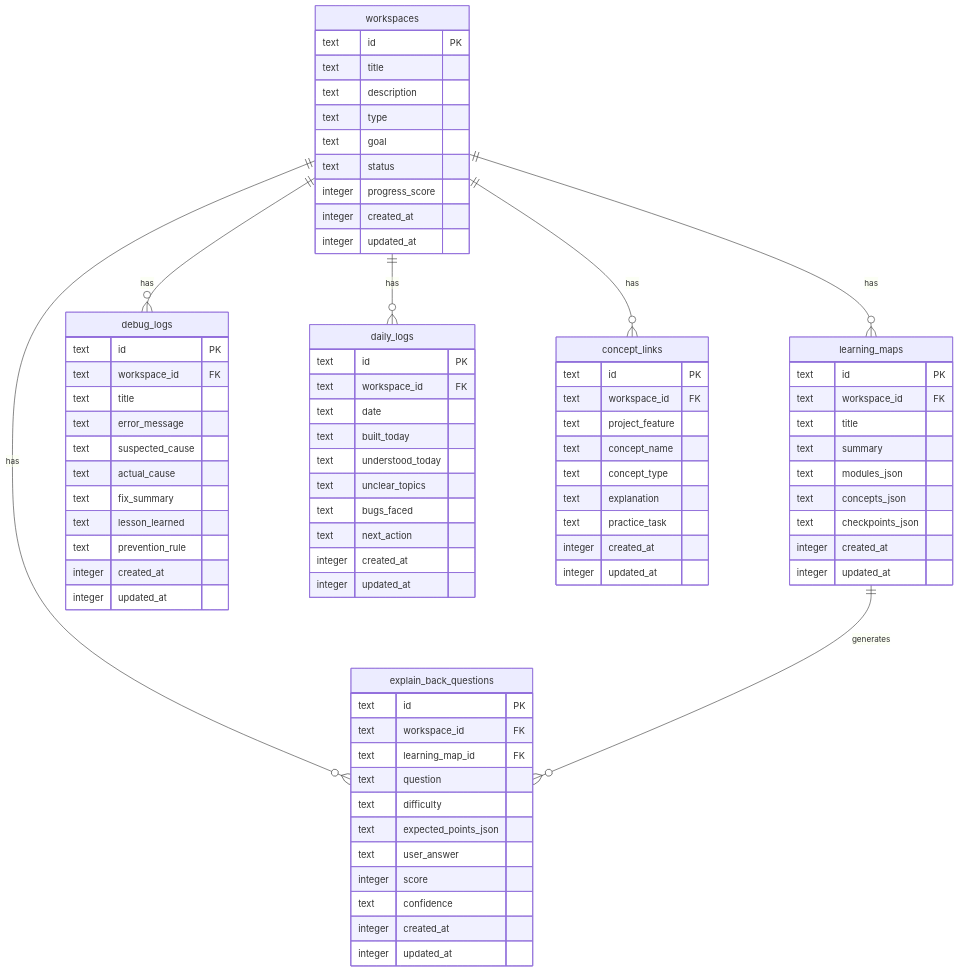
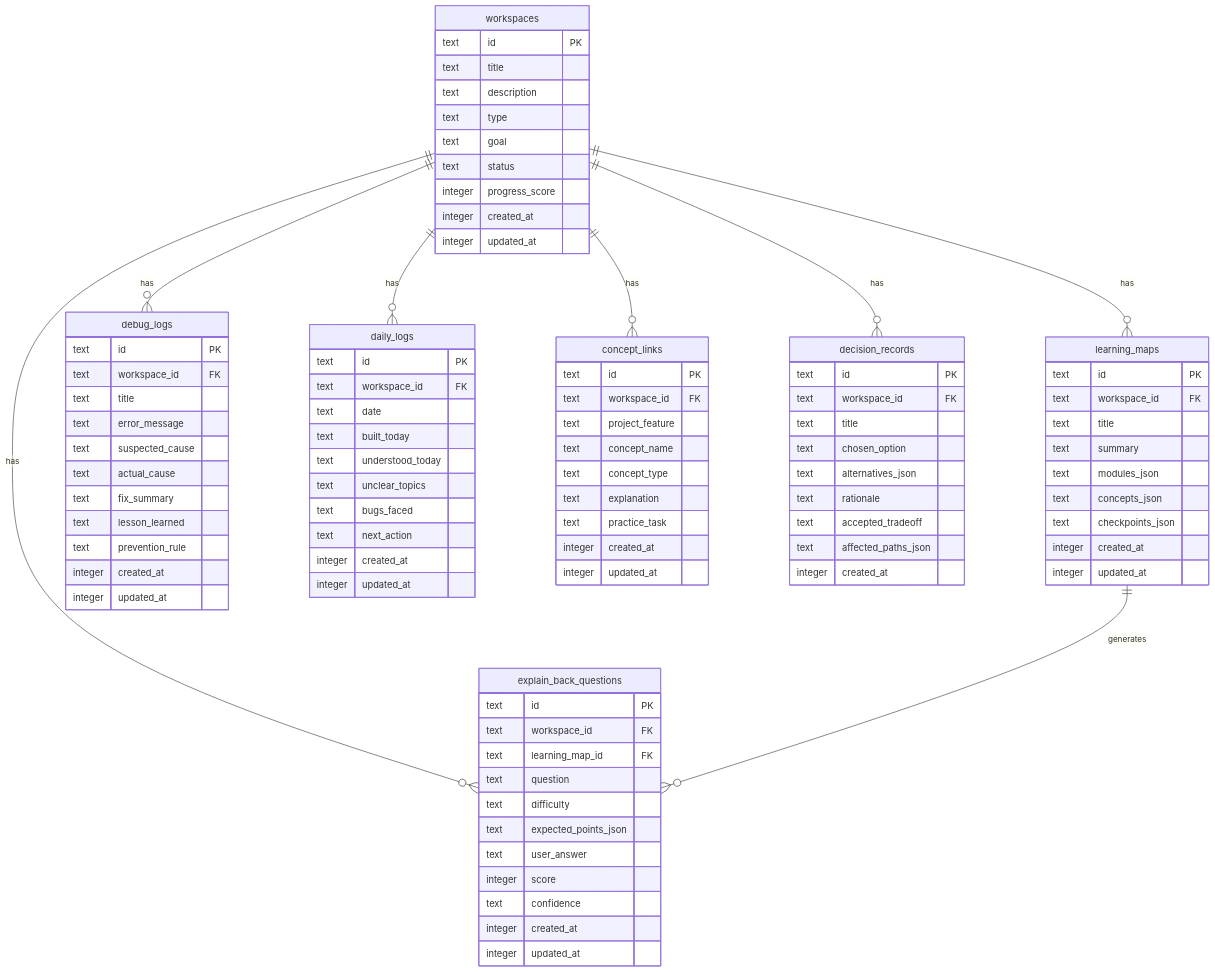
Before and after one commit to SheeshDarth/NirmiqCodeSensei: the fifth of 5 diagrams in docs/GRAPHIFY_MAP.md, drawn with Mermaid. The commit also changed other lines of this file and 13 other files, not shown here.

Commit message:
docs: add learning map master plan, production roadmap and updates

````diff
--- a/docs/GRAPHIFY_MAP.md
+++ b/docs/GRAPHIFY_MAP.md
@@ -206,11 +212,23 @@
         integer created_at
         integer updated_at
     }
+    decision_records {
+        text id PK
+        text workspace_id FK
+        text title
+        text chosen_option
+        text alternatives_json
+        text rationale
+        text accepted_tradeoff
+        text affected_paths_json
+        integer created_at
+    }
 
     workspaces ||--o{ learning_maps : "has"
     workspaces ||--o{ explain_back_questions : "has"
     workspaces ||--o{ debug_logs : "has"
     workspaces ||--o{ daily_logs : "has"
     workspaces ||--o{ concept_links : "has"
+    workspaces ||--o{ decision_records : "has"
     learning_maps ||--o{ explain_back_questions : "generates"
 ```
````
